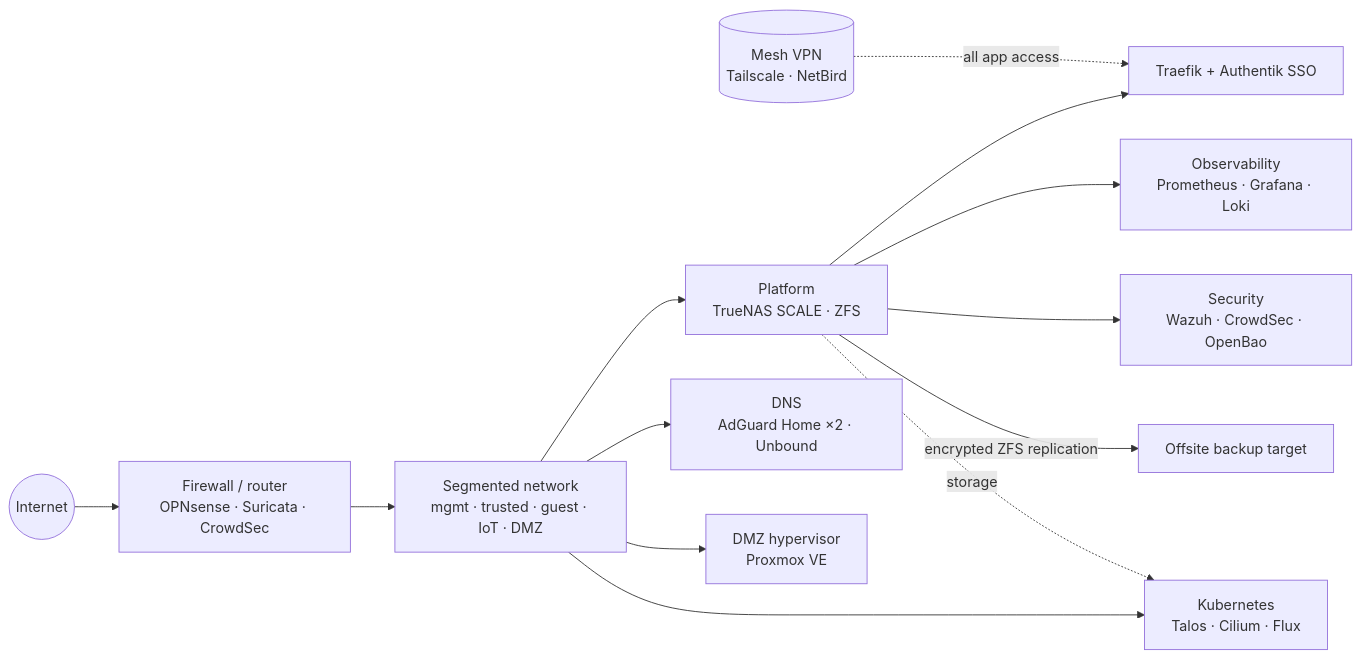
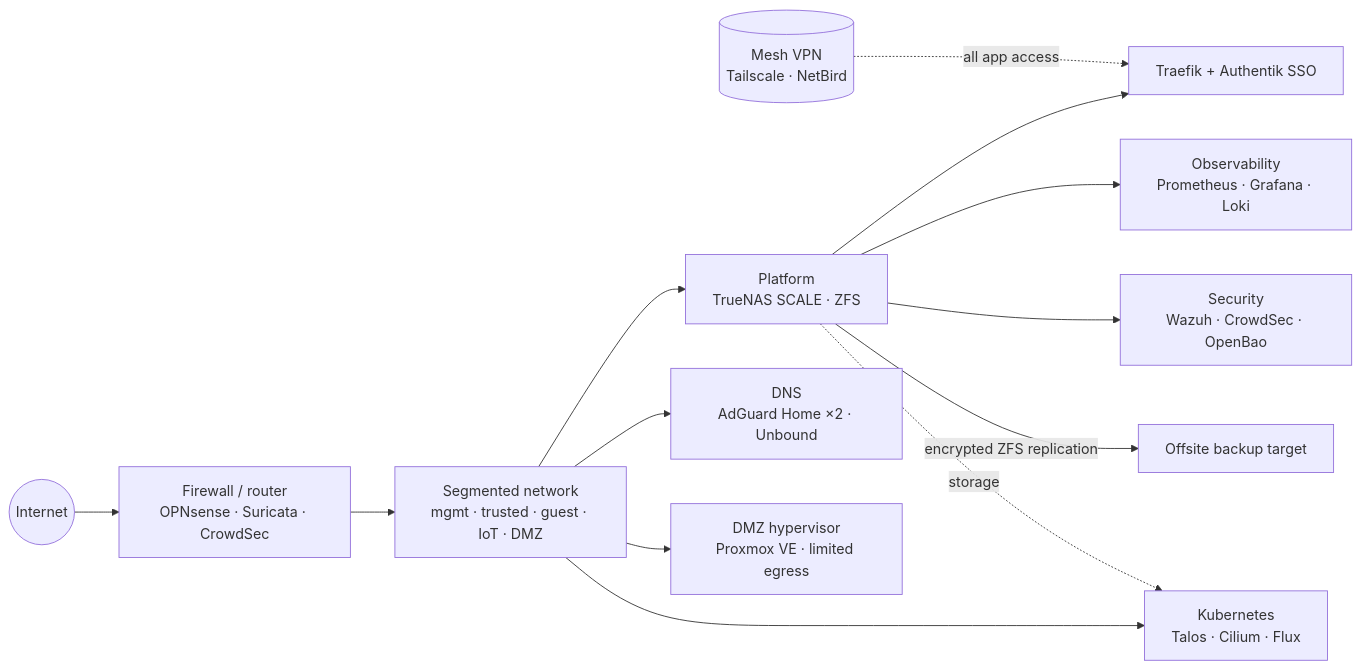
Before and after one commit to mselin/mselin: the diagram in README.md, drawn with Mermaid. The commit also changed other lines of this file, not shown here.

First line of the commit message:
Note limited egress for the DMZ and the AI stack

````diff
--- a/README.md
+++ b/README.md
@@ -35,18 +36,18 @@
 ```mermaid
 flowchart LR
   inet((Internet)) --> fw[Firewall / router<br/>OPNsense · Suricata · CrowdSec]
   vpn[(Mesh VPN<br/>Tailscale · NetBird)] -. all app access .-> ingress
 
   fw --> sw[Segmented network<br/>mgmt · trusted · guest · IoT · DMZ]
 
   sw --> nas[Platform<br/>TrueNAS SCALE · ZFS]
   sw --> dns[DNS<br/>AdGuard Home ×2 · Unbound]
-  sw --> dmz[DMZ hypervisor<br/>Proxmox VE]
+  sw --> dmz[DMZ hypervisor<br/>Proxmox VE · limited egress]
   sw --> k8s[Kubernetes<br/>Talos · Cilium · Flux]
 
   nas --> ingress[Traefik + Authentik SSO]
   nas --> obs[Observability<br/>Prometheus · Grafana · Loki]
   nas --> sec[Security<br/>Wazuh · CrowdSec · OpenBao]
   nas -- encrypted ZFS replication --> bak[Offsite backup target]
   nas -. storage .-> k8s
 ```
````
